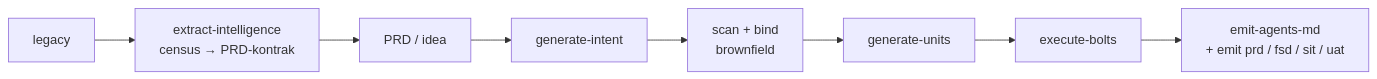
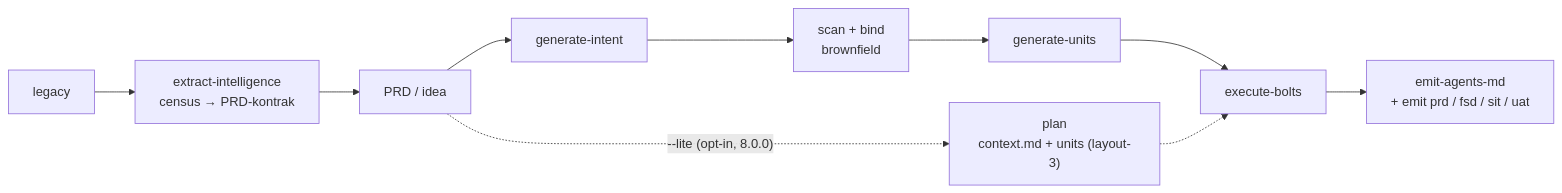
One commit to FarhanRiuzaki/Mega-SDD changed the first of 2 diagrams in plugins/mega-sdd/README.md. Above: the diagram before and after it, drawn with Mermaid. The commit also changed other lines of this file and 2 other files, not shown here.

````diff
--- a/plugins/mega-sdd/README.md
+++ b/plugins/mega-sdd/README.md
@@ -52,7 +52,8 @@
 ```mermaid
 flowchart LR
     LEG[legacy] --> EXT["extract-intelligence<br/>census → PRD-kontrak"]
     EXT --> PRD[PRD / idea] --> GI[generate-intent]
     GI --> SB[scan + bind<br/>brownfield] --> GU[generate-units] --> EB[execute-bolts]
+    PRD -.->|"--lite (opt-in, 8.0.0)"| PL["plan<br/>context.md + units (layout-3)"] -.-> EB
     EB --> EMIT[emit-agents-md<br/>+ emit prd / fsd / sit / uat]
 ```
````
